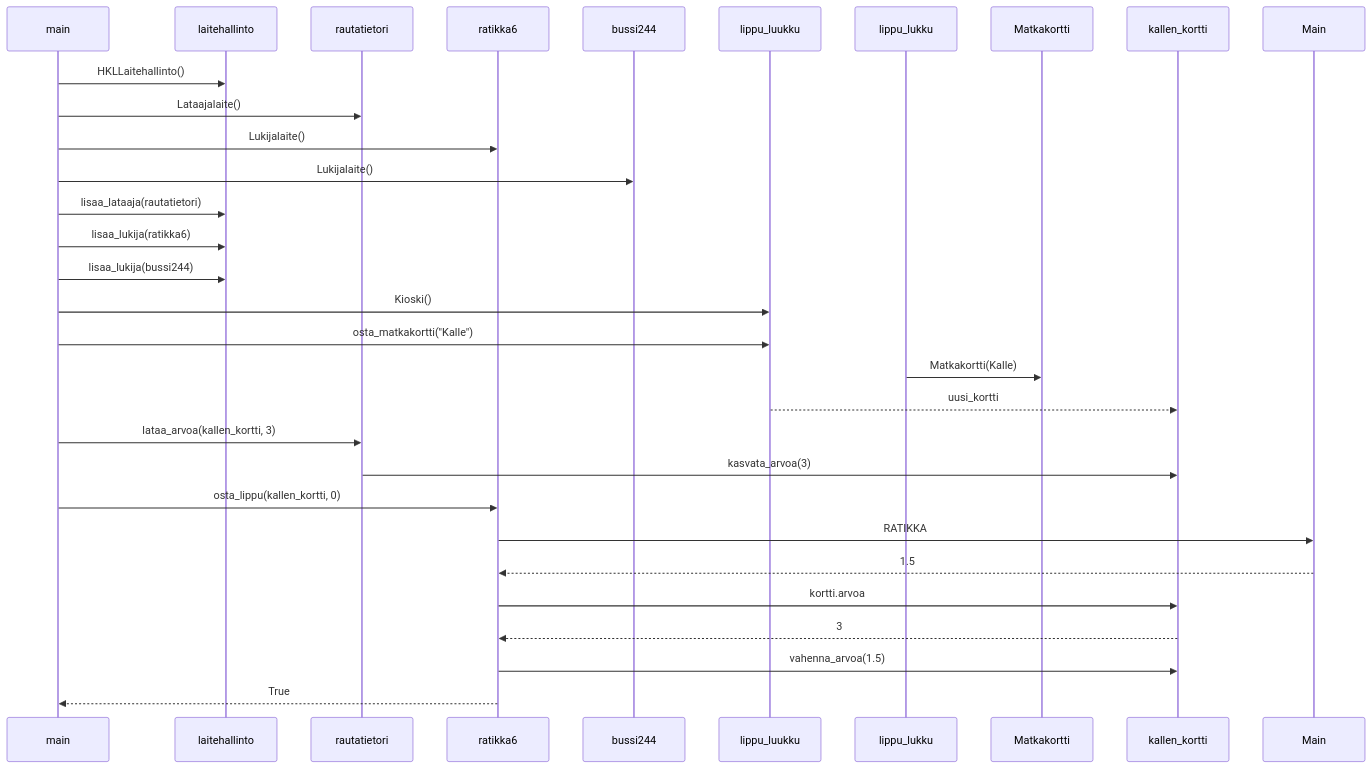
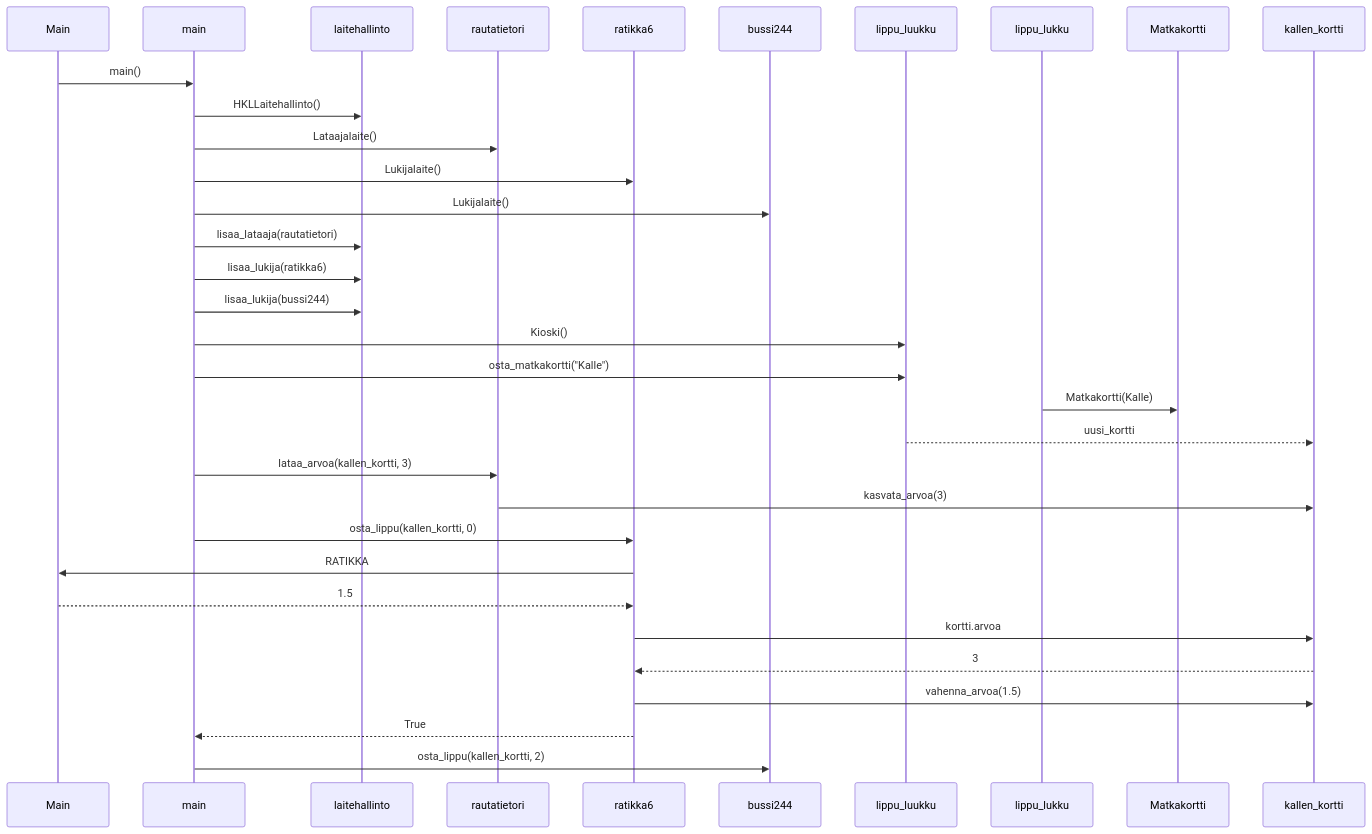
The diagram in laskarit/viikko3/task4.md (lenbie/Expense-Tracker-Project), drawn with Mermaid before and after one commit.

````diff
--- a/laskarit/viikko3/task4.md
+++ b/laskarit/viikko3/task4.md
@@ -1,26 +1,29 @@
 ```mermaid
   sequenceDiagram
+  Main->>main: main()
   main->>laitehallinto: HKLLaitehallinto()
   main->>rautatietori: Lataajalaite()
   main->>ratikka6: Lukijalaite()
   main->>bussi244: Lukijalaite()
   main->>laitehallinto: lisaa_lataaja(rautatietori)
   main->>laitehallinto: lisaa_lukija(ratikka6)
   main->>laitehallinto: lisaa_lukija(bussi244)
   main->>lippu_luukku: Kioski()
   main->>lippu_luukku: osta_matkakortti("Kalle")
   lippu_lukku->>Matkakortti: Matkakortti(Kalle)
   lippu_luukku-->>kallen_kortti: uusi_kortti
   main->>rautatietori: lataa_arvoa(kallen_kortti, 3)
   rautatietori->>kallen_kortti: kasvata_arvoa(3)
   main->>ratikka6: osta_lippu(kallen_kortti, 0)
   ratikka6->>Main: RATIKKA
   Main-->>ratikka6: 1.5
   ratikka6->>kallen_kortti: kortti.arvoa
   kallen_kortti-->>ratikka6: 3
   ratikka6->>kallen_kortti: vahenna_arvoa(1.5)
   ratikka6-->>main: True
+  main->>bussi244: osta_lippu(kallen_kortti, 2)
+  
   
   
   
 ```
````
